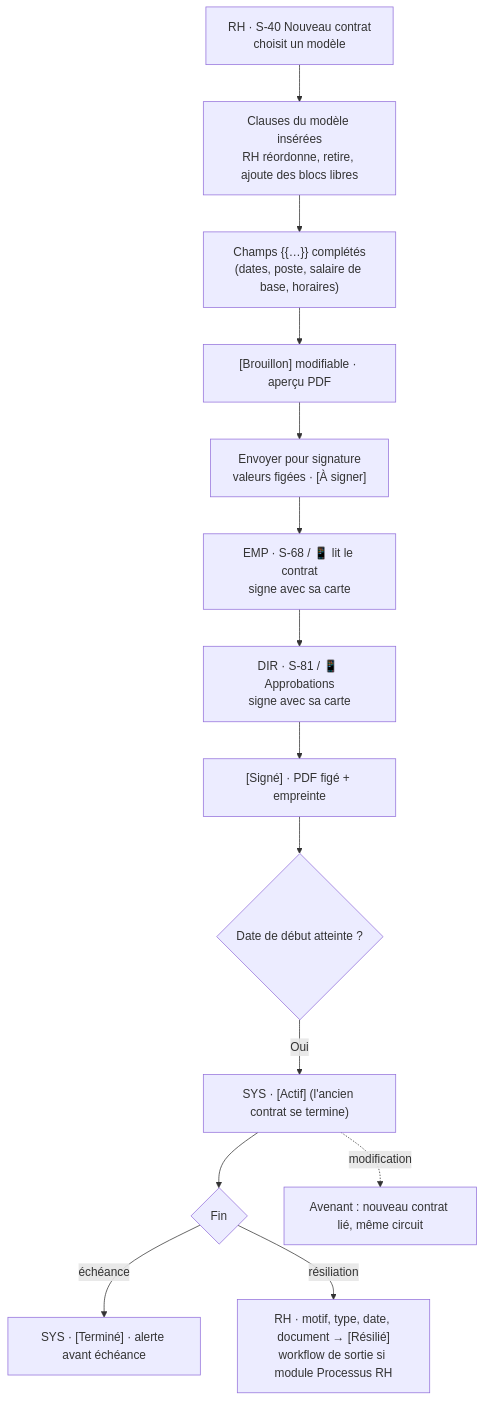
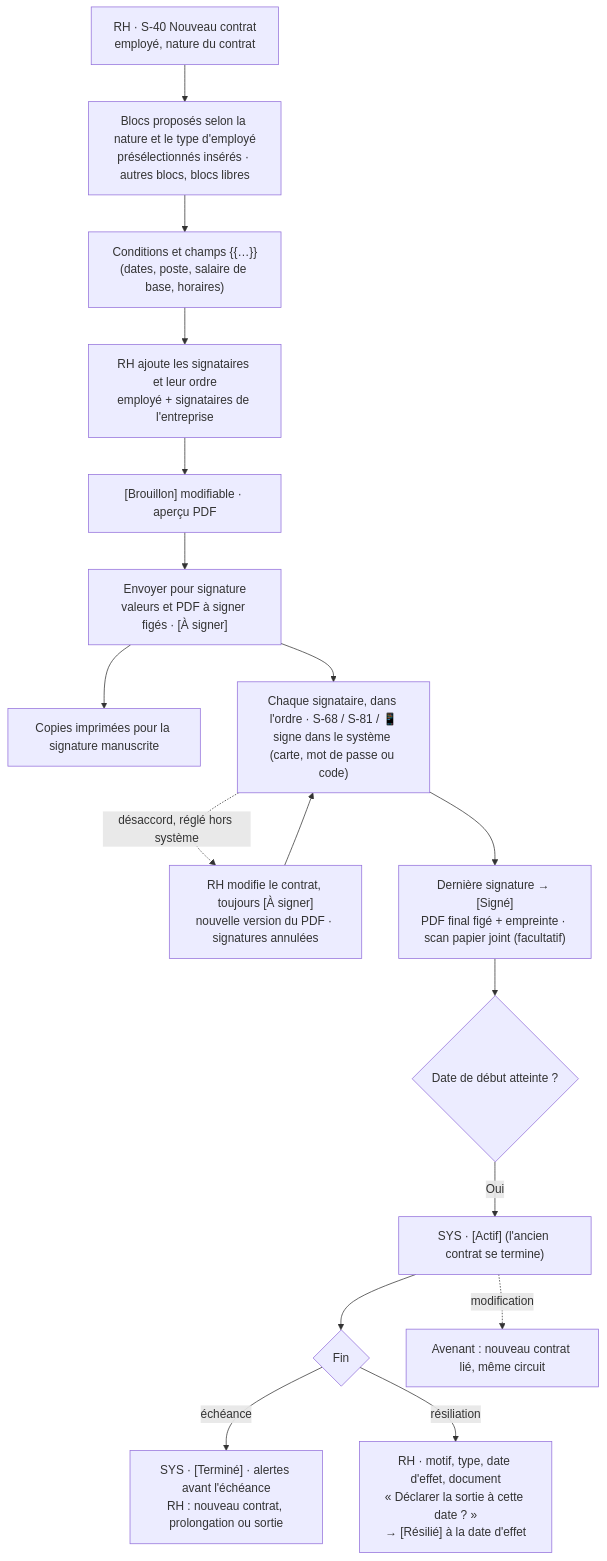
One commit to riyadaOne/fluxyrh-docs changed diagram 14 of 21 in 01-specifications/APPFLOW.md. Above: the diagram before and after it, drawn with Mermaid. The commit also changed other lines of this file and 21 other files, not shown here.

````diff
--- a/01-specifications/APPFLOW.md
+++ b/01-specifications/APPFLOW.md
@@ -413,16 +430,19 @@
 ```mermaid
 flowchart TD
-    A[RH · S-40 Nouveau contrat<br/>choisit un modèle] --> B[Clauses du modèle insérées<br/>RH réordonne, retire, ajoute des blocs libres]
-    B --> C["Champs {{…}} complétés<br/>(dates, poste, salaire de base, horaires)"]
-    C --> D["[Brouillon] modifiable · aperçu PDF"]
-    D --> E["Envoyer pour signature<br/>valeurs figées · [À signer]"]
-    E --> F["EMP · S-68 / 📱 lit le contrat<br/>signe avec sa carte"]
-    F --> G["DIR · S-81 / 📱 Approbations<br/>signe avec sa carte"]
-    G --> H["[Signé] · PDF figé + empreinte"]
-    H --> I{Date de début atteinte ?}
+    A[RH · S-40 Nouveau contrat<br/>employé, nature du contrat] --> B[Blocs proposés selon la nature et le type d'employé<br/>présélectionnés insérés · autres blocs, blocs libres]
+    B --> C["Conditions et champs {{…}}<br/>(dates, poste, salaire de base, horaires)"]
+    C --> SG[RH ajoute les signataires et leur ordre<br/>employé + signataires de l'entreprise]
+    SG --> D["[Brouillon] modifiable · aperçu PDF"]
+    D --> E["Envoyer pour signature<br/>valeurs et PDF à signer figés · [À signer]"]
+    E --> P[Copies imprimées pour la signature manuscrite]
+    E --> F["Chaque signataire, dans l'ordre · S-68 / S-81 / 📱<br/>signe dans le système (carte, mot de passe ou code)"]
+    F -. désaccord, réglé hors système .-> M["RH modifie le contrat, toujours [À signer]<br/>nouvelle version du PDF · signatures annulées"]
+    M --> F
+    F --> G["Dernière signature → [Signé]<br/>PDF final figé + empreinte · scan papier joint (facultatif)"]
+    G --> I{Date de début atteinte ?}
     I -- Oui --> J["SYS · [Actif] (l'ancien contrat se termine)"]
     J --> K{Fin}
-    K -- échéance --> L["SYS · [Terminé] · alerte avant échéance"]
-    K -- résiliation --> M["RH · motif, type, date, document → [Résilié]<br/>workflow de sortie si module Processus RH"]
+    K -- échéance --> L["SYS · [Terminé] · alertes avant l'échéance<br/>RH : nouveau contrat, prolongation ou sortie"]
+    K -- résiliation --> R["RH · motif, type, date d'effet, document<br/>« Déclarer la sortie à cette date ? »<br/>→ [Résilié] à la date d'effet"]
     J -. modification .-> AV[Avenant : nouveau contrat lié, même circuit]
 ```
````
